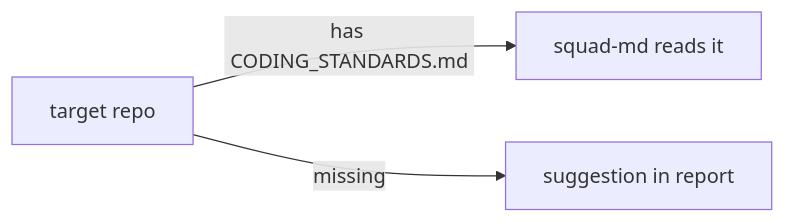
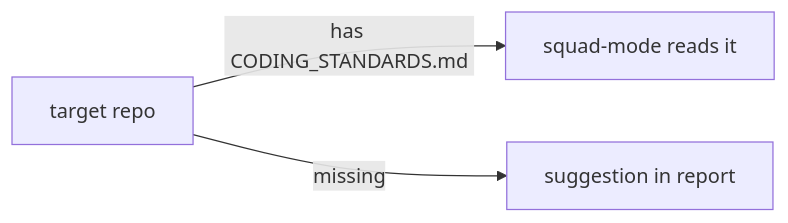
Before and after one commit to svennijhuis/agentPacks: the diagram in docs/pbi/squad/ps08-coding-standards-file.md, drawn with Mermaid. The commit also changed other lines of this file and 27 other files, not shown here.

Commit message:
docs(pbi/squad): hubs renamed to poteto style -mode (squad-mode, pack-author-mode, pack-check-mode, statechart-mode, scenarios-mode, security-audit-mode); old -md dirs move with pointer until GA07; today paths keep main names

````diff
--- a/docs/pbi/squad/ps08-coding-standards-file.md
+++ b/docs/pbi/squad/ps08-coding-standards-file.md
@@ -85,5 +85,5 @@
 ```mermaid
 flowchart LR
-  R["target repo"] -->|has CODING_STANDARDS.md| H["squad-md reads it"]
+  R["target repo"] -->|has CODING_STANDARDS.md| H["squad-mode reads it"]
   R -->|missing| S["suggestion in report"]
 ```
````
